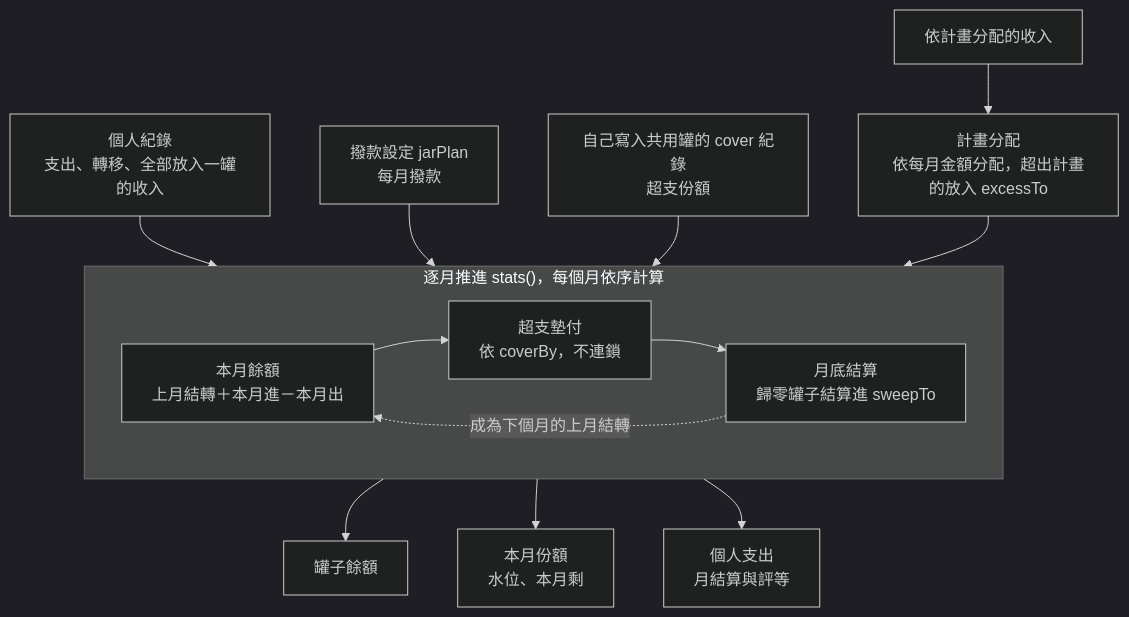
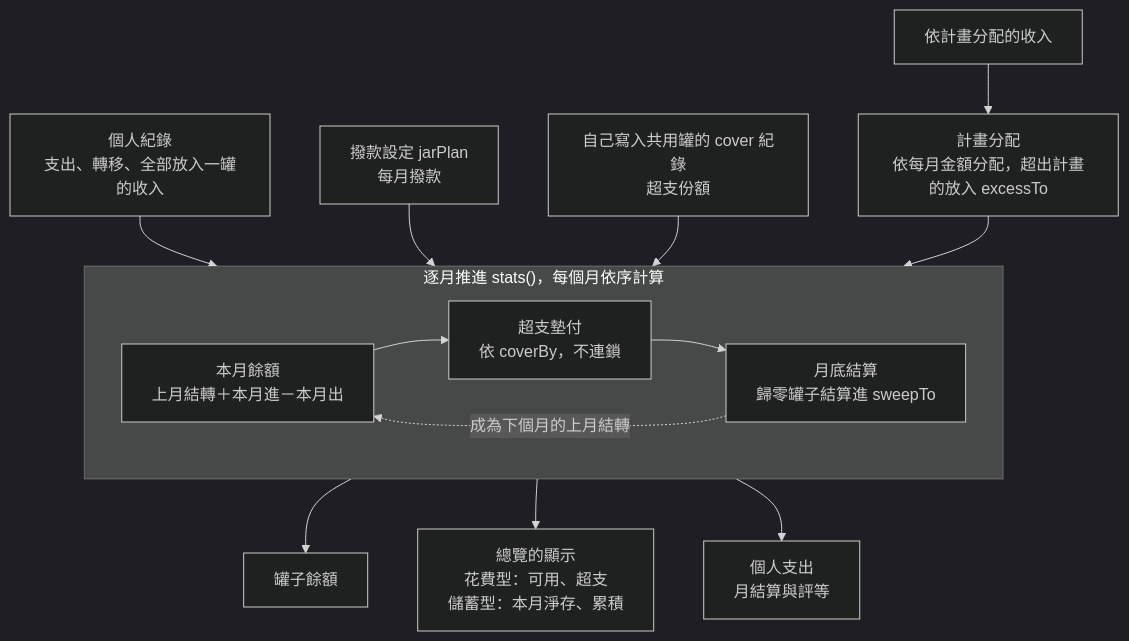
One commit to stty0219/Bottle-keeping changed the third of 4 diagrams in docs/architecture.md. Above: the diagram before and after it, drawn with Mermaid (dark theme). The commit also changed other lines of this file and 14 other files, not shown here.

First line of the commit message:
feat: v43，罐子改為「花費型」與「儲蓄型」，取代結轉／每月歸零

````diff
--- a/docs/architecture.md
+++ b/docs/architecture.md
@@ -168,15 +168,15 @@
 ```mermaid
 flowchart TB
   R[個人紀錄<br/>支出、轉移、全部放入一罐的收入] --> MW
   RI[依計畫分配的收入] --> PA[計畫分配<br/>依每月金額分配，超出計畫的放入 excessTo]
   JP[撥款設定 jarPlan<br/>每月撥款] --> MW
   CV[自己寫入共用罐的 cover 紀錄<br/>超支份額] --> MW
   PA --> MW
   subgraph MW["逐月推進 stats()，每個月依序計算"]
     B1[本月餘額<br/>上月結轉＋本月進－本月出] --> B2[超支墊付<br/>依 coverBy，不連鎖] --> B3[月底結算<br/>歸零罐子結算進 sweepTo]
   end
   MW --> O1[罐子餘額]
-  MW --> O2[本月份額<br/>水位、本月剩]
+  MW --> O2[總覽的顯示<br/>花費型：可用、超支<br/>儲蓄型：本月淨存、累積]
   MW --> O3[個人支出<br/>月結算與評等]
   B3 -.->|成為下個月的上月結轉| B1
 ```
````
